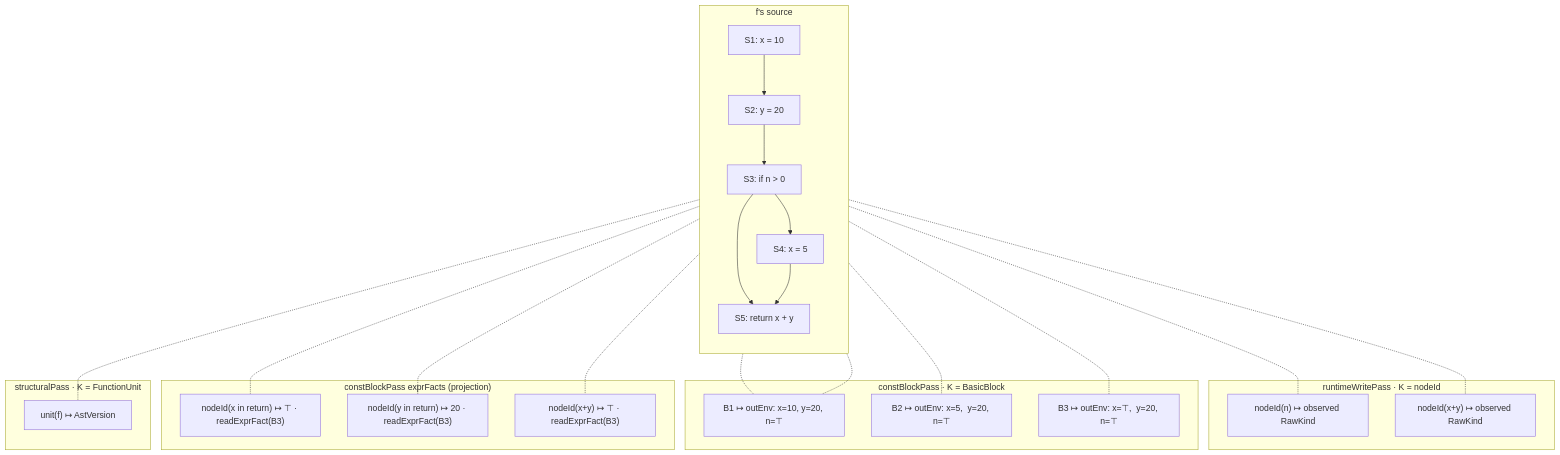
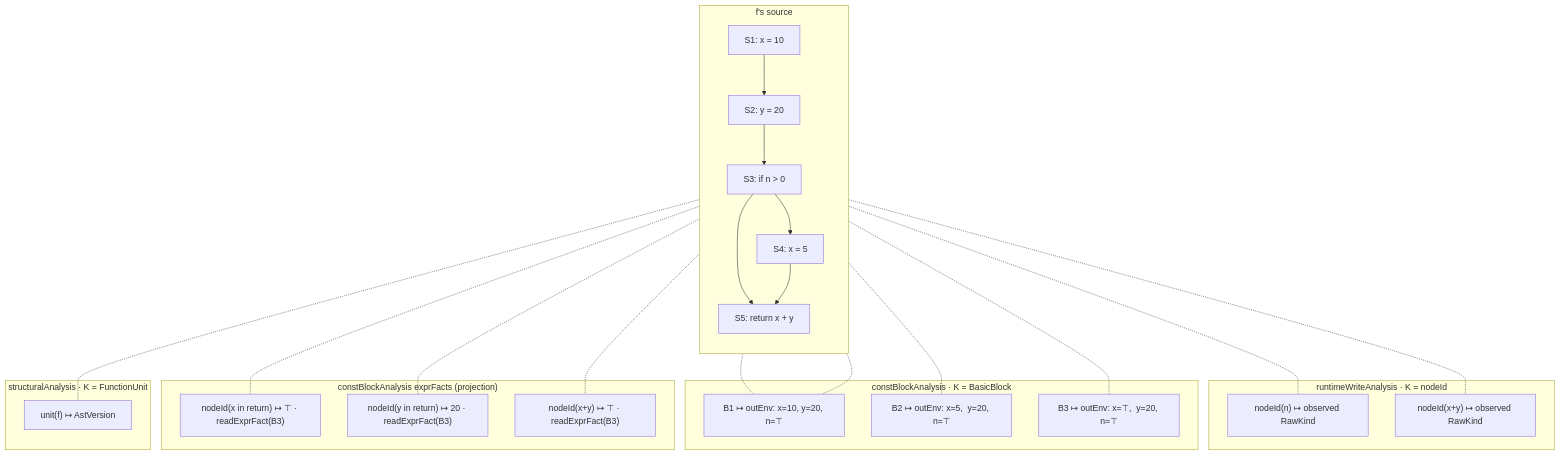
One commit to loyaltypollution/py-slang changed the sixth of 14 diagrams in docs/dfa-framework-tutorial.md. Above: the diagram before and after it, drawn with Mermaid. The commit also changed other lines of this file and 49 other files, not shown here.

````diff
--- a/docs/dfa-framework-tutorial.md
+++ b/docs/dfa-framework-tutorial.md
@@ -220,46 +294,46 @@
 ```mermaid
 flowchart TB
     subgraph SRC["f's source"]
       direction TB
       s1["S1: x = 10"]
       s2["S2: y = 20"]
       s3["S3: if n &gt; 0"]
       s4["S4: x = 5"]
       s5["S5: return x + y"]
       s1 --> s2 --> s3 --> s4
       s3 --> s5
       s4 --> s5
     end
 
-    subgraph RW["runtimeWritePass · K = nodeId"]
+    subgraph RW["runtimeWriteAnalysis · K = nodeId"]
       r_n["nodeId(n) ↦ observed RawKind"]
       r_xy["nodeId(x+y) ↦ observed RawKind"]
     end
 
-    subgraph CBP["constBlockPass · K = BasicBlock"]
+    subgraph CBP["constBlockAnalysis · K = BasicBlock"]
       b1["B1 ↦ outEnv: x=10, y=20, n=⊤"]
       b2["B2 ↦ outEnv: x=5,  y=20, n=⊤"]
       b3["B3 ↦ outEnv: x=⊤,  y=20, n=⊤"]
     end
 
-    subgraph EF["constBlockPass exprFacts (projection)"]
+    subgraph EF["constBlockAnalysis exprFacts (projection)"]
       e_x["nodeId(x in return) ↦ ⊤ · readExprFact(B3)"]
       e_y["nodeId(y in return) ↦ 20 · readExprFact(B3)"]
       e_sum["nodeId(x+y) ↦ ⊤ · readExprFact(B3)"]
     end
 
-    subgraph UNIT["structuralPass · K = FunctionUnit"]
+    subgraph UNIT["structuralAnalysis · K = FunctionUnit"]
       u_f["unit(f) ↦ AstVersion"]
     end
 
     s3 -.- r_n
     s5 -.- r_xy
     s1 -.- b1
     s3 -.- b1
     s4 -.- b2
     s5 -.- b3
     s5 -.- e_x
     s5 -.- e_y
     s5 -.- e_sum
     SRC -.- u_f
 ```
````
